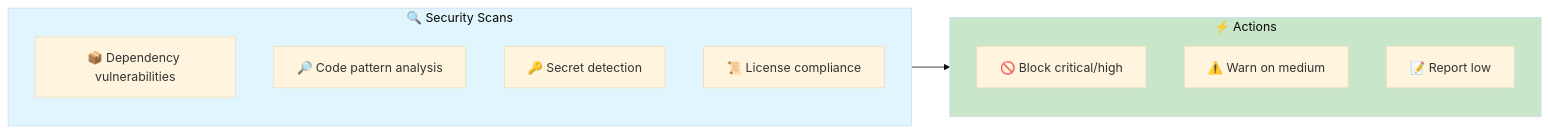
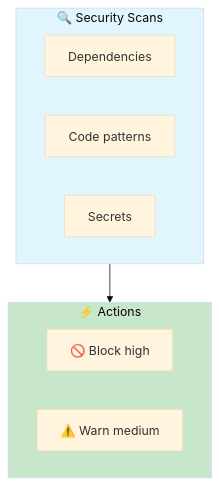
One commit to TheBushidoCollective/han changed the fifth of 7 diagrams in website/content/papers/ai-dlc-2026/runbooks/adoption/quality-guardrails.md. Above: the diagram before and after it, drawn with Mermaid (base theme). The commit also changed other lines of this file and 21 other files, not shown here.

First line of the commit message:
fix(website): convert all AI-DLC runbook Mermaid diagrams to TB layout

````diff
--- a/website/content/papers/ai-dlc-2026/runbooks/adoption/quality-guardrails.md
+++ b/website/content/papers/ai-dlc-2026/runbooks/adoption/quality-guardrails.md
@@ -199,22 +191,18 @@
 ```mermaid
-flowchart LR
+flowchart TB
     subgraph Scans["🔍 Security Scans"]
-        direction TB
-        S1[📦 Dependency vulnerabilities]
-        S2[🔎 Code pattern analysis]
-        S3[🔑 Secret detection]
-        S4[📜 License compliance]
-    end
-
-    subgraph Actions["⚡ Actions"]
-        direction TB
-        A1[🚫 Block critical/high]
-        A2[⚠️ Warn on medium]
-        A3[📝 Report low]
+        S1[Dependencies]
+        S2[Code patterns]
+        S3[Secrets]
     end
 
     Scans --> Actions
 
+    subgraph Actions["⚡ Actions"]
+        A1[🚫 Block high]
+        A2[⚠️ Warn medium]
+    end
+
     style Scans fill:#e1f5fe
     style Actions fill:#c8e6c9
 ```
````
